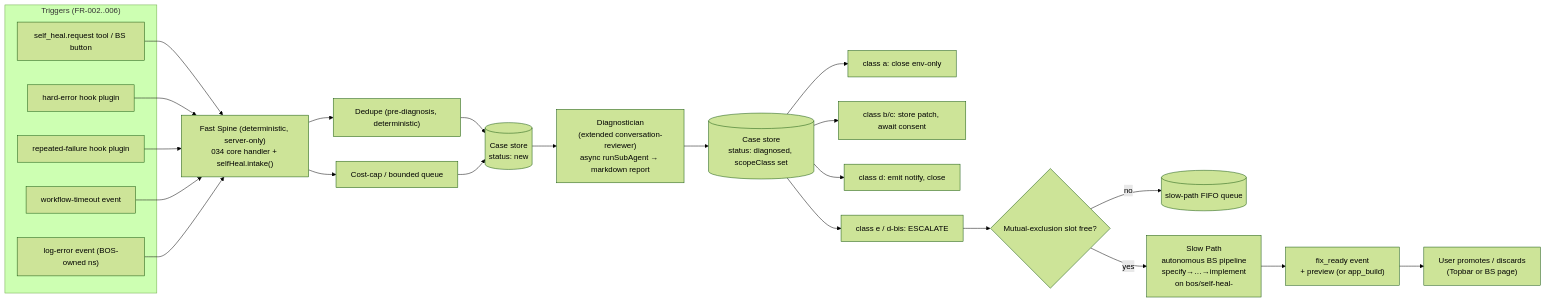
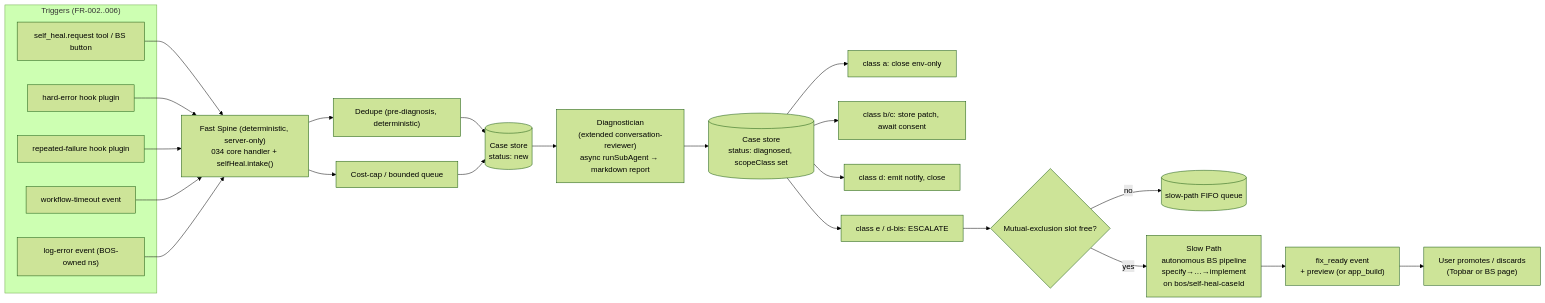
Before and after one commit to vaaale/bos-specs: the first of 2 diagrams in self-modification/031-self-healing/design.md, drawn with Mermaid (forest theme). The commit also changed other lines of this file, not shown here.

Commit message:
spec: update self-modification/031-self-healing/design.md

````diff
--- a/self-modification/031-self-healing/design.md
+++ b/self-modification/031-self-healing/design.md
@@ -56,37 +56,37 @@
 ```mermaid
 flowchart LR
   subgraph T["Triggers (FR-002..006)"]
     EX["self_heal.request tool / BS button"]
     HE["hard-error hook plugin"]
     RF["repeated-failure hook plugin"]
     WT["workflow-timeout event"]
     LE["log-error event (BOS-owned ns)"]
   end
   EX --> IN
   HE --> IN
   RF --> IN
   WT --> IN
   LE --> IN
 
   IN["Fast Spine (deterministic, server-only)\n034 core handler + selfHeal.intake()"]
 
   IN --> DS["Dedupe (pre-diagnosis, deterministic)"]
   IN --> CC["Cost-cap / bounded queue"]
   DS --> CS[("Case store\nstatus: new")]
   CC --> CS
 
   CS --> DIAG["Diagnostician\n(extended conversation-reviewer)\nasync runSubAgent → markdown report"]
   DIAG --> CS2[("Case store\nstatus: diagnosed, scopeClass set")]
 
   CS2 --> RA["class a: close env-only"]
   CS2 --> RB["class b/c: store patch, await consent"]
   CS2 --> RD["class d: emit notify, close"]
   CS2 --> RE["class e / d-bis: ESCALATE"]
 
   RE --> MX{"Mutual-exclusion slot free?"}
   MX -->|no| Q[("slow-path FIFO queue")]
-  MX -->|yes| SLOW["Slow Path\nautonomous BS pipeline\nspecify→…→implement\non bos/self-heal-<caseId>"]
+  MX -->|yes| SLOW["Slow Path\nautonomous BS pipeline\nspecify→…→implement\non bos/self-heal-caseId"]
 
   SLOW --> FR["fix_ready event\n+ preview (or app_build)"]
   FR --> USER["User promotes / discards\n(Topbar or BS page)"]
 ```
````
